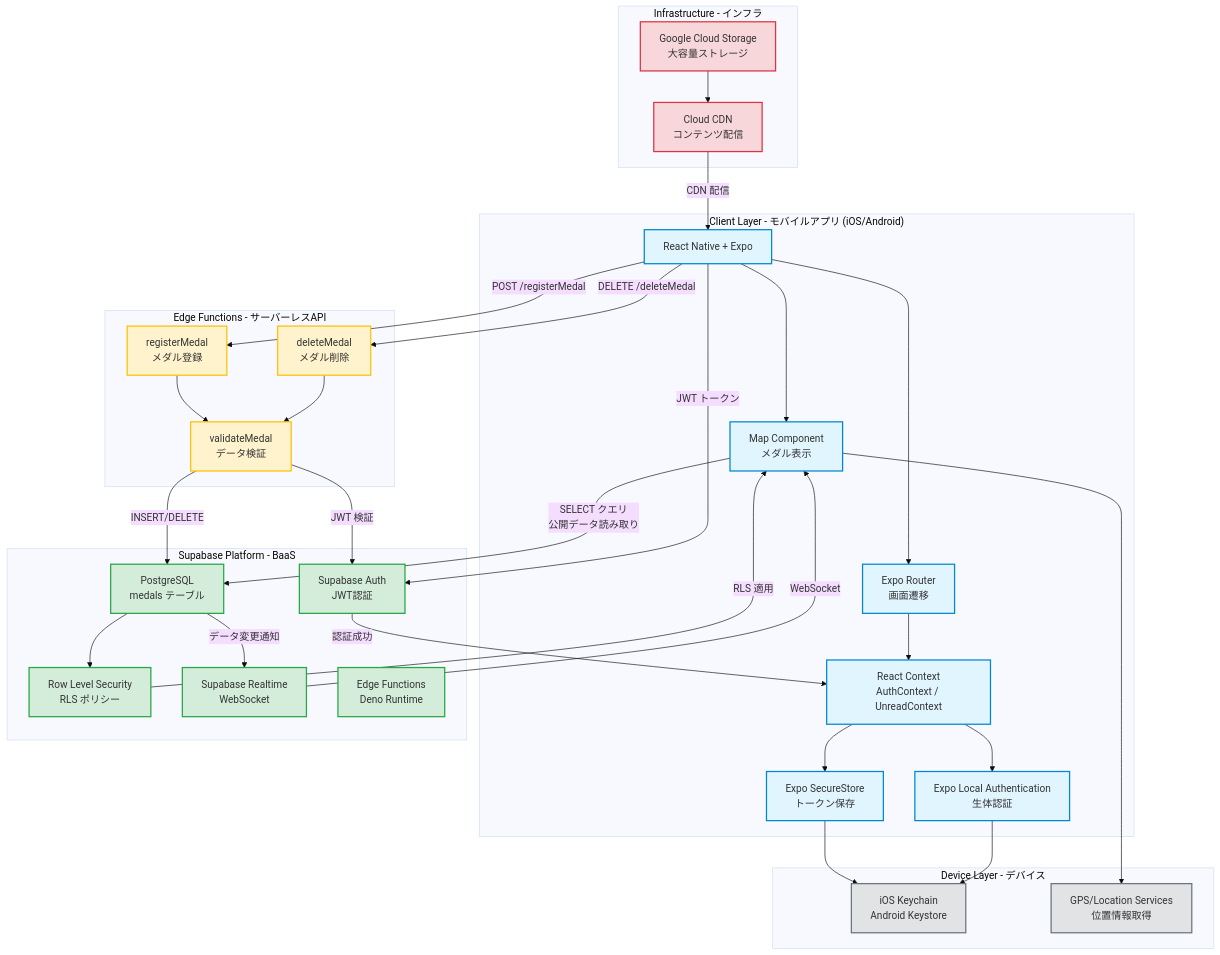
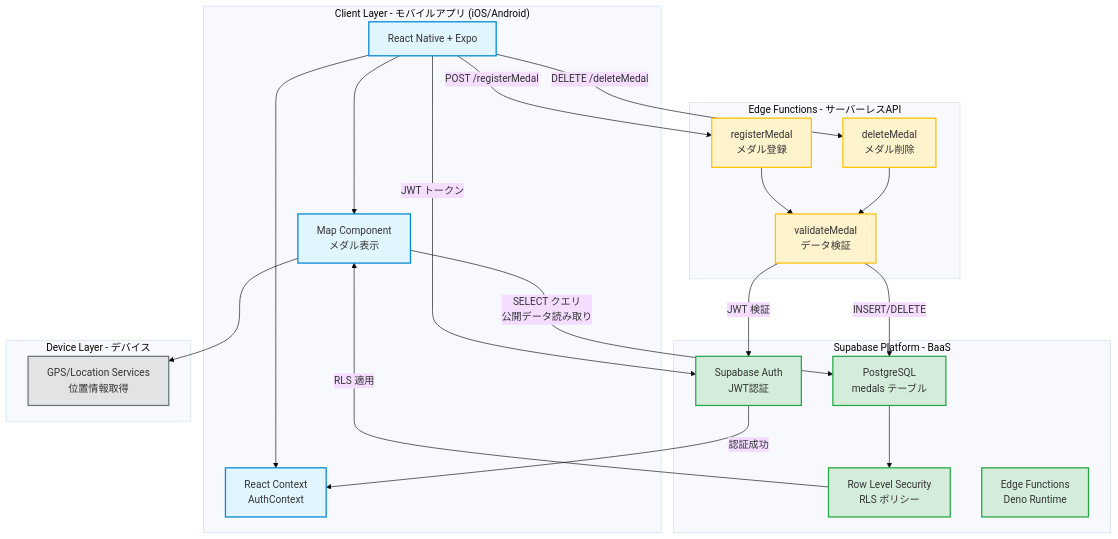
The diagram in documents/2_アーキテクチャ設計書.md (Lighthouse-projects/dqwfuntool_medalcompass), drawn with Mermaid (base theme) before and after one commit. The commit also changed other lines of this file, not shown here.

````diff
--- a/documents/2_アーキテクチャ設計書.md
+++ b/documents/2_アーキテクチャ設計書.md
@@ -31,10 +29,7 @@
 graph TB
     subgraph "Client Layer - モバイルアプリ (iOS/Android)"
         A[React Native + Expo]
-        B[Expo Router<br/>画面遷移]
-        C[React Context<br/>AuthContext / UnreadContext]
-        D[Expo SecureStore<br/>トークン保存]
-        E[Expo Local Authentication<br/>生体認証]
+        C[React Context<br/>AuthContext]
         F[Map Component<br/>メダル表示]
     end
 
@@ -42,7 +37,6 @@
         G[Supabase Auth<br/>JWT認証]
         H[PostgreSQL<br/>medals テーブル]
         I[Row Level Security<br/>RLS ポリシー]
-        J[Supabase Realtime<br/>WebSocket]
         K[Edge Functions<br/>Deno Runtime]
     end
 
@@ -52,24 +46,13 @@
         N[validateMedal<br/>データ検証]
     end
 
-    subgraph "Infrastructure - インフラ"
-        O[Google Cloud Storage<br/>大容量ストレージ]
-        P[Cloud CDN<br/>コンテンツ配信]
-    end
-
     subgraph "Device Layer - デバイス"
-        R[iOS Keychain<br/>Android Keystore]
         S[GPS/Location Services<br/>位置情報取得]
     end
 
     %% Client to Supabase
-    A --> B
-    B --> C
-    C --> D
-    C --> E
+    A --> C
     A --> F
-    D --> R
-    E --> R
     F --> S
 
     %% Client to Supabase Auth
@@ -91,24 +74,14 @@
     N -->|JWT 検証| G
     N -->|INSERT/DELETE| H
 
-    %% Realtime Updates
-    H -->|データ変更通知| J
-    J -->|WebSocket| F
-
-    %% Infrastructure
-    O --> P
-    P -->|CDN 配信| A
-
     %% Styling
     classDef clientStyle fill:#e1f5ff,stroke:#0288d1,stroke-width:2px
     classDef supabaseStyle fill:#d4edda,stroke:#28a745,stroke-width:2px
     classDef edgeFuncStyle fill:#fff3cd,stroke:#ffc107,stroke-width:2px
-    classDef infraStyle fill:#f8d7da,stroke:#dc3545,stroke-width:2px
     classDef deviceStyle fill:#e2e3e5,stroke:#6c757d,stroke-width:2px
 
-    class A,B,C,D,E,F clientStyle
-    class G,H,I,J,K supabaseStyle
+    class A,C,F clientStyle
+    class G,H,I,K supabaseStyle
     class L,M,N edgeFuncStyle
-    class O,P,Q infraStyle
-    class R,S deviceStyle
+    class S deviceStyle
 ```
````
